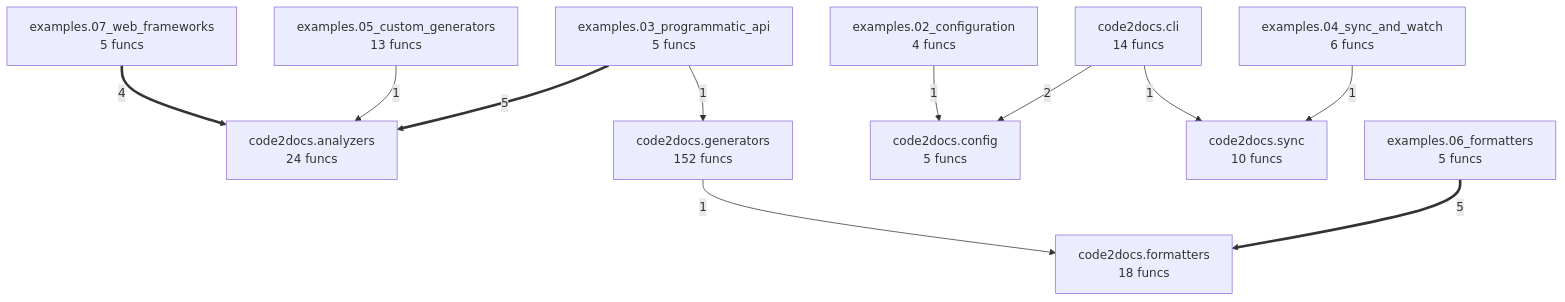
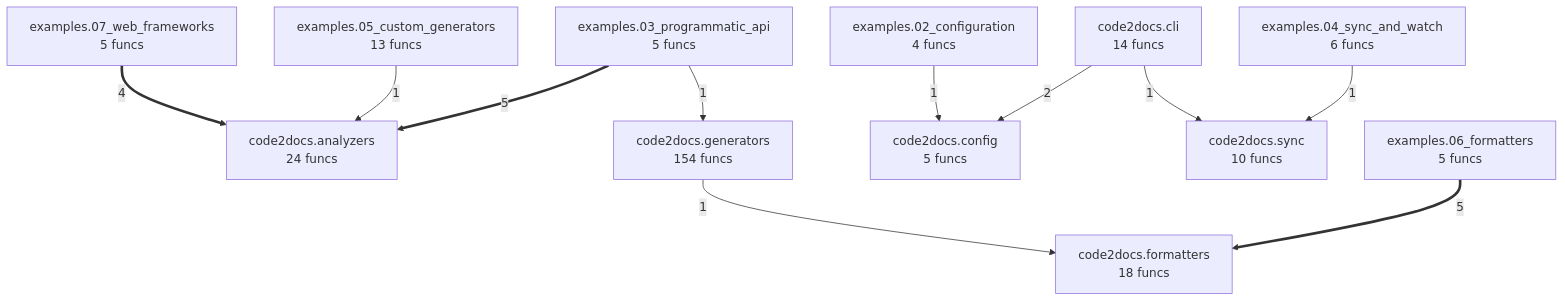
The diagram in project/compact_flow.mmd (wronai/code2docs), drawn with Mermaid before and after one commit. The commit also changed 25 other files, not shown here.

```diff
--- a/project/compact_flow.mmd
+++ b/project/compact_flow.mmd
@@ -1,23 +1,23 @@
 flowchart TD
     code2docs_analyzers["code2docs.analyzers<br/>24 funcs"]
     code2docs_cli["code2docs.cli<br/>14 funcs"]
     code2docs_config["code2docs.config<br/>5 funcs"]
     code2docs_formatters["code2docs.formatters<br/>18 funcs"]
-    code2docs_generators["code2docs.generators<br/>152 funcs"]
+    code2docs_generators["code2docs.generators<br/>154 funcs"]
     code2docs_sync["code2docs.sync<br/>10 funcs"]
     examples_02_configuration["examples.02_configuration<br/>4 funcs"]
     examples_03_programmatic_api["examples.03_programmatic_api<br/>5 funcs"]
     examples_04_sync_and_watch["examples.04_sync_and_watch<br/>6 funcs"]
     examples_05_custom_generators["examples.05_custom_generators<br/>13 funcs"]
     examples_06_formatters["examples.06_formatters<br/>5 funcs"]
     examples_07_web_frameworks["examples.07_web_frameworks<br/>5 funcs"]
     examples_06_formatters ==>|5| code2docs_formatters
     examples_03_programmatic_api ==>|5| code2docs_analyzers
     examples_07_web_frameworks ==>|4| code2docs_analyzers
     code2docs_cli -->|2| code2docs_config
     examples_04_sync_and_watch -->|1| code2docs_sync
     examples_05_custom_generators -->|1| code2docs_analyzers
     examples_03_programmatic_api -->|1| code2docs_generators
     examples_02_configuration -->|1| code2docs_config
     code2docs_generators -->|1| code2docs_formatters
     code2docs_cli -->|1| code2docs_sync
```
